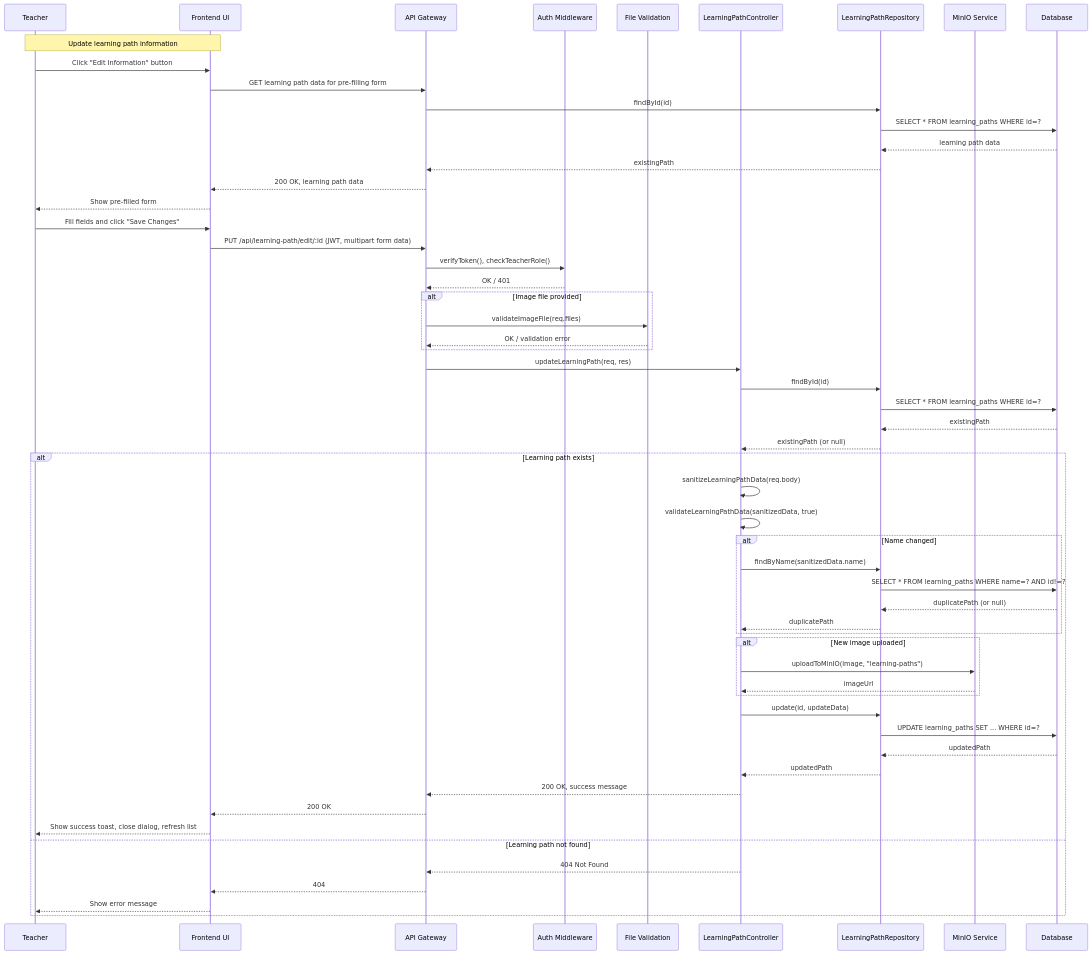
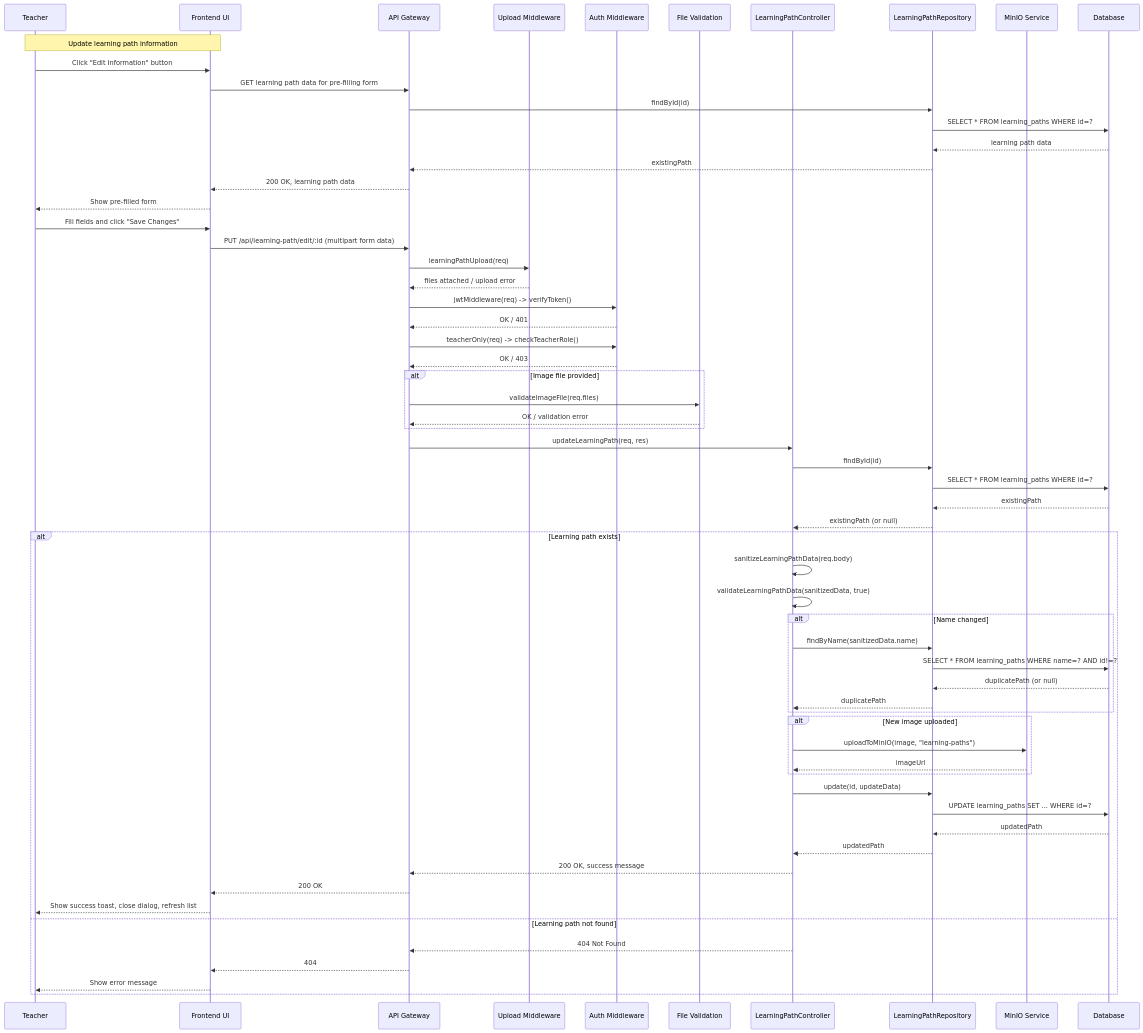
One commit to NgTuanHung051103/docs changed the first of 2 diagrams in hungnt/UC_LP03_Update_Learning_Path.md. Above: the diagram before and after it, drawn with Mermaid. The commit also changed other lines of this file, not shown here.

Commit message:
Update authen cho sequence UC_LP03

````diff
--- a/hungnt/UC_LP03_Update_Learning_Path.md
+++ b/hungnt/UC_LP03_Update_Learning_Path.md
@@ -274,67 +275,74 @@
 ```mermaid
 sequenceDiagram
   participant T as Teacher
   participant FE as Frontend UI
   participant API as API Gateway
+  participant Upload as Upload Middleware
   participant Auth as Auth Middleware
   participant FileVal as File Validation
   participant C as LearningPathController
   participant R as LearningPathRepository
   participant MinIO as MinIO Service
   participant DB as Database
 
   Note over T,FE: Update learning path information
   T->>FE: Click "Edit Information" button
   FE->>API: GET learning path data for pre-filling form
   API->>R: findById(id)
   R->>DB: SELECT * FROM learning_paths WHERE id=?
   DB-->>R: learning path data
   R-->>API: existingPath
   API-->>FE: 200 OK, learning path data
   FE-->>T: Show pre-filled form
 
   T->>FE: Fill fields and click "Save Changes"
-  FE->>API: PUT /api/learning-path/edit/:id (JWT, multipart form data)
-  API->>Auth: verifyToken(), checkTeacherRole()
+  FE->>API: PUT /api/learning-path/edit/:id (multipart form data)
+
+  %% Middleware chain executed in router: learningPathUpload -> jwtMiddleware -> teacherOnly -> controller
+  API->>Upload: learningPathUpload(req)
+  Upload-->>API: files attached / upload error
+  API->>Auth: jwtMiddleware(req) -> verifyToken()
   Auth-->>API: OK / 401
-  
+  API->>Auth: teacherOnly(req) -> checkTeacherRole()
+  Auth-->>API: OK / 403
+
   alt Image file provided
     API->>FileVal: validateImageFile(req.files)
     FileVal-->>API: OK / validation error
   end
-  
+
   API->>C: updateLearningPath(req, res)
   C->>R: findById(id)
   R->>DB: SELECT * FROM learning_paths WHERE id=?
   DB-->>R: existingPath
   R-->>C: existingPath (or null)
-  
+
   alt Learning path exists
     C->>C: sanitizeLearningPathData(req.body)
     C->>C: validateLearningPathData(sanitizedData, true)
-    
+
     alt Name changed
       C->>R: findByName(sanitizedData.name)
       R->>DB: SELECT * FROM learning_paths WHERE name=? AND id!=?
       DB-->>R: duplicatePath (or null)
       R-->>C: duplicatePath
     end
-    
+
     alt New image uploaded
       C->>MinIO: uploadToMinIO(image, "learning-paths")
       MinIO-->>C: imageUrl
     end
-    
+
     C->>R: update(id, updateData)
     R->>DB: UPDATE learning_paths SET ... WHERE id=?
     DB-->>R: updatedPath
     R-->>C: updatedPath
     C-->>API: 200 OK, success message
     API-->>FE: 200 OK
     FE-->>T: Show success toast, close dialog, refresh list
   else Learning path not found
     C-->>API: 404 Not Found
     API-->>FE: 404
     FE-->>T: Show error message
   end
 ```
````
